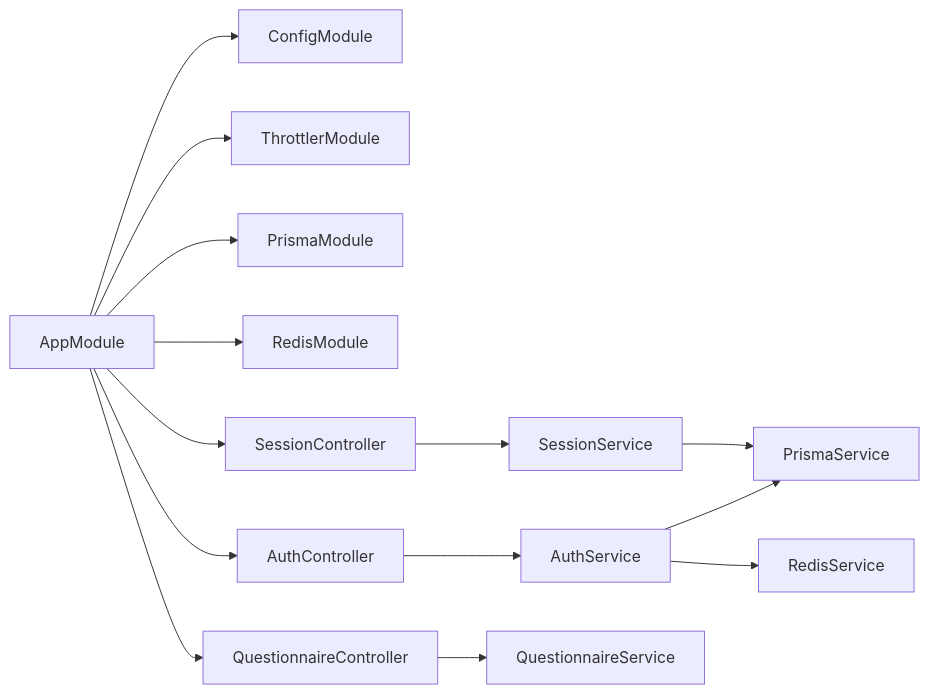
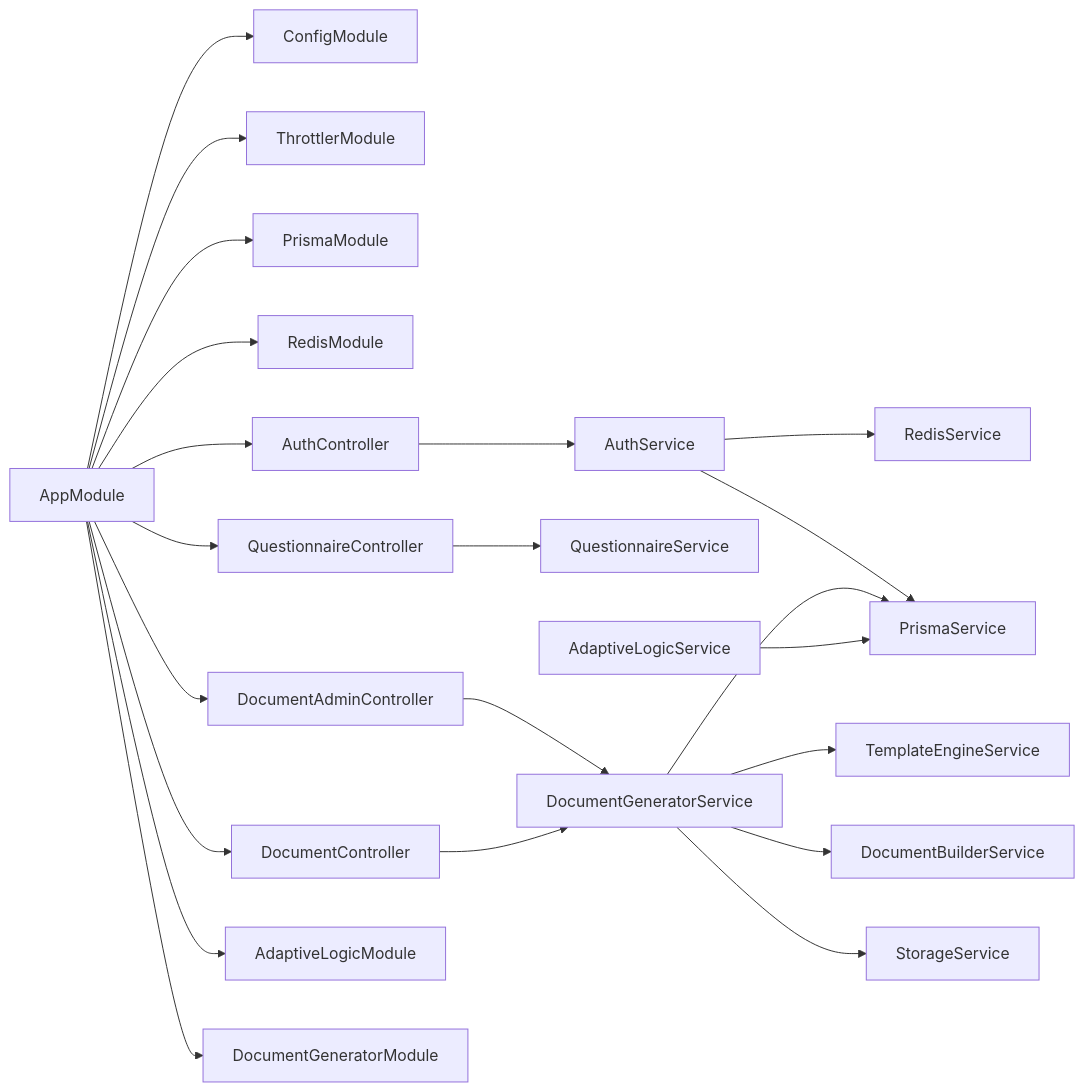
Before and after one commit to Avi-Bendetsky/Quiz-to-build: diagram 15 of 15 in .qoder/repowiki/en/content/Architecture Overview/Data Flow Architecture.md, drawn with Mermaid. The commit also changed other lines of this file and 41 other files, not shown here.

````diff
--- a/.qoder/repowiki/en/content/Architecture Overview/Data Flow Architecture.md
+++ b/.qoder/repowiki/en/content/Architecture Overview/Data Flow Architecture.md
@@ -487,16 +682,24 @@
 ```mermaid
 graph LR
 AppModule["AppModule"] --> Config["ConfigModule"]
 AppModule --> Throttler["ThrottlerModule"]
 AppModule --> PrismaMod["PrismaModule"]
 AppModule --> RedisMod["RedisModule"]
 AppModule --> AuthCtrl["AuthController"]
-AppModule --> SessionCtrl["SessionController"]
-AppModule --> QuestCtrl["QuestionnaireController"]
+AppModule --> QuestionCtrl["QuestionnaireController"]
+AppModule --> DocCtrl["DocumentController"]
+AppModule --> DocAdminCtrl["DocumentAdminController"]
+AppModule --> AdaptiveMod["AdaptiveLogicModule"]
+AppModule --> DocGenMod["DocumentGeneratorModule"]
 AuthCtrl --> AuthService
-SessionCtrl --> SessionService
-QuestCtrl --> QuestionnaireService
+QuestionCtrl --> QuestionnaireService
+DocCtrl --> DocumentGeneratorService
+DocAdminCtrl --> DocumentGeneratorService
+AdaptiveLogicService --> PrismaService
+DocumentGeneratorService --> PrismaService
+DocumentGeneratorService --> TemplateEngineService
+DocumentGeneratorService --> DocumentBuilderService
+DocumentGeneratorService --> StorageService
 AuthService --> PrismaService
-SessionService --> PrismaService
 AuthService --> RedisService
 ```
````
